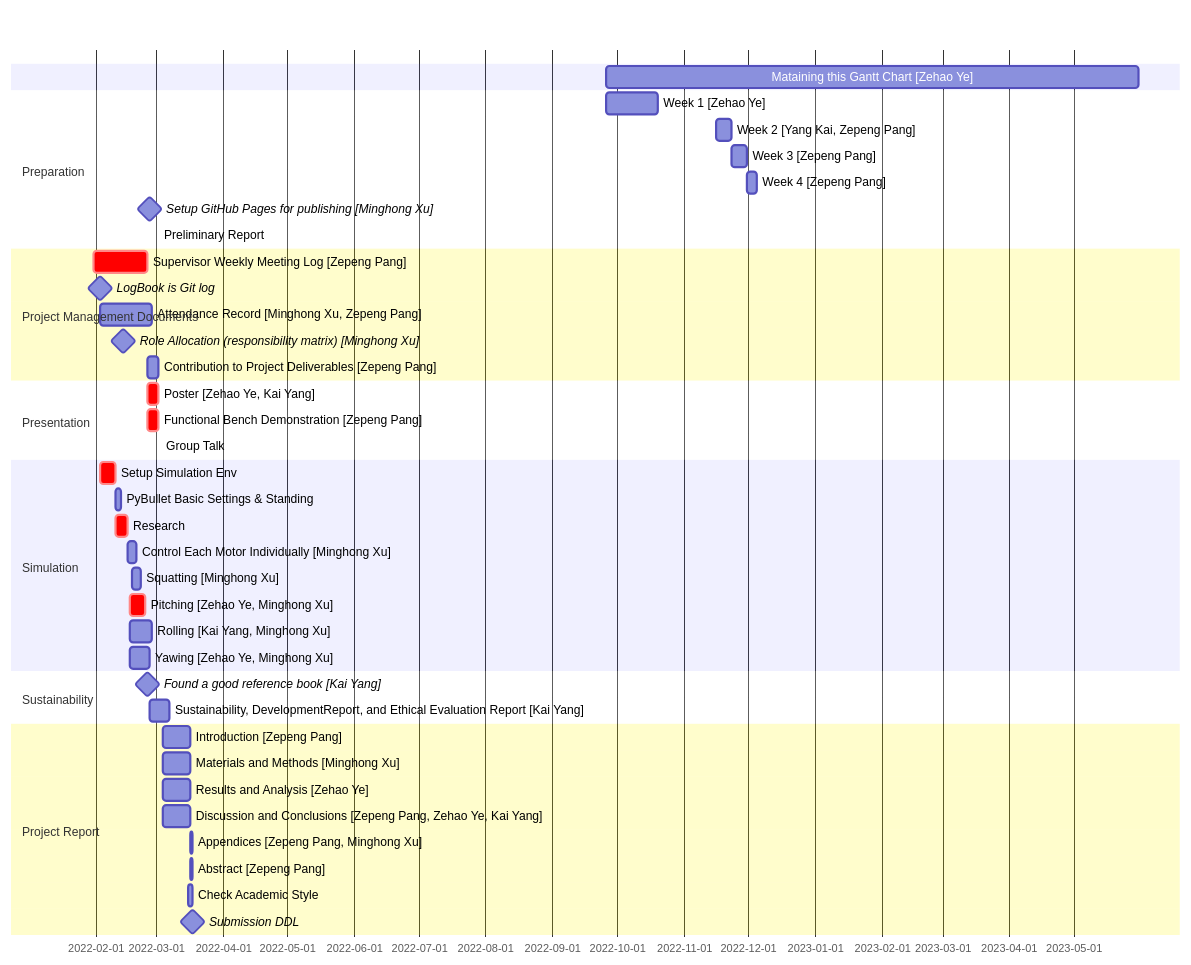
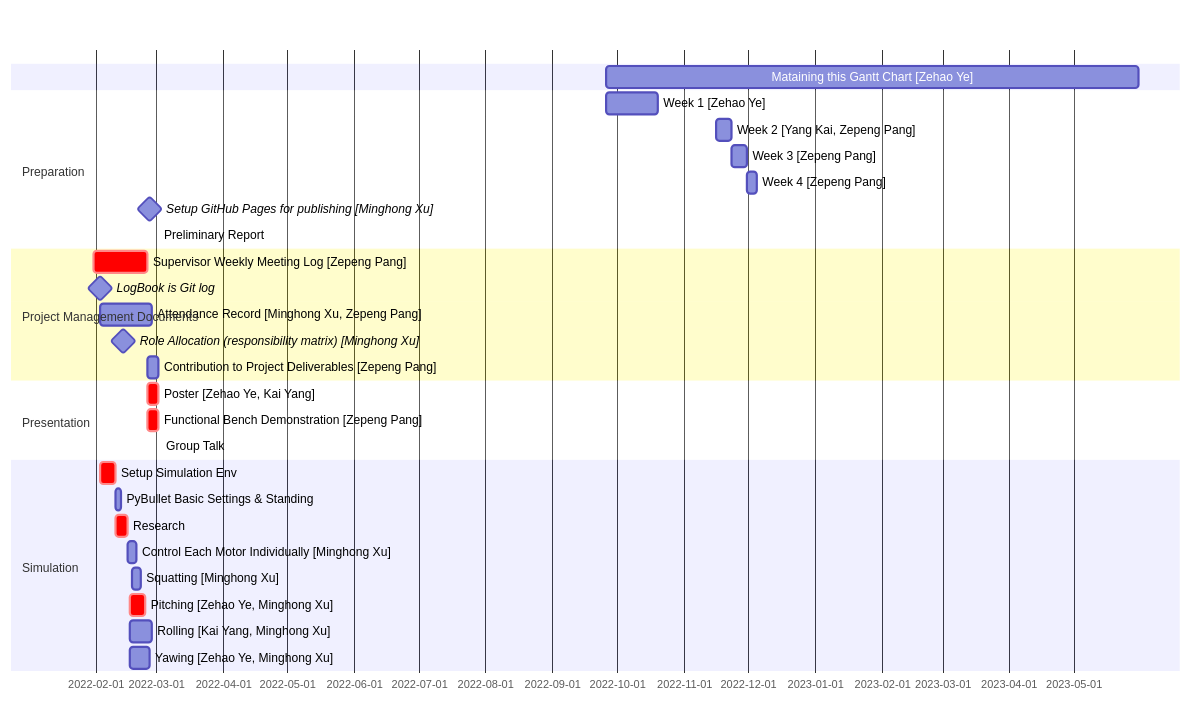
Before and after one commit to yezehao/final-year-project: the diagram in README.md, drawn with Mermaid.

Commit message:
modify the Gannt chart

````diff
--- a/README.md
+++ b/README.md
@@ -18,50 +18,37 @@
 ```mermaid
 gantt
     dateFormat  YYYY-MM-DD
 
     Mataining this Gantt Chart [Zehao Ye] : 2022-09-26, 2023-05-31
 
     section Preparation
     Week 1 [Zehao Ye] : Literature Review based on Kalman Filter, 2022-09-26, 24d
     Week 2 [Yang Kai, Zepeng Pang] : blog2, after blog1, 7d
     Week 3 [Zepeng Pang] : blog3, after blog2, 7d
     Week 4 [Zepeng Pang] : blog4, after blog3, 5d
     Setup GitHub Pages for publishing [Minghong Xu] : milestone, 2022-02-26, 0d
     Preliminary Report : crit, after blog4, 2022-03-02
 
     section Project Management Documents
     Supervisor Weekly Meeting Log [Zepeng Pang] : crit, 2022-01-31, 2022-02-25
     LogBook is Git log: milestone, 2022-02-03, 0d
     Attendance Record [Minghong Xu, Zepeng Pang] : 2022-02-03, 2022-02-27
     Role Allocation (responsibility matrix) [Minghong Xu] : milestone, 2022-02-14, 0d
     Contribution to Project Deliverables [Zepeng Pang] : 2022-02-25, 2022-03-02
 
     section Presentation
     Poster [Zehao Ye, Kai Yang] : crit, 2022-02-25, 2022-03-02
     Functional Bench Demonstration [Zepeng Pang] : crit, 2022-02-25, 2022-03-02
     Group Talk : 2022-03-03, 8h
 
     section Simulation
     Setup Simulation Env : crit, setup_sim_env, 2022-02-03, 7d
     PyBullet Basic Settings & Standing :after setup_sim_env, 3d
     Research : crit, research, after setup_sim_env, 6d
     Control Each Motor Individually [Minghong Xu] : after research, 2022-02-20
     Squatting [Minghong Xu] : 2022-02-18, 2022-02-22
     Pitching [Zehao Ye, Minghong Xu] : crit, 2022-02-17, 2022-02-24
     Rolling [Kai Yang, Minghong Xu] : 2022-02-17, 2022-02-27
     Yawing [Zehao Ye, Minghong Xu] : 2022-02-17, 2022-02-26
 
-    section Sustainability
-    Found a good reference book [Kai Yang] : milestone, 2022-02-25, 0d
-    Sustainability, DevelopmentReport, and Ethical Evaluation Report [Kai Yang] : 2022-02-26, 2022-03-07
-
-    section Project Report
-    Introduction [Zepeng Pang] : 2022-03-04, 2022-03-17
-    Materials and Methods [Minghong Xu] : 2022-03-04, 2022-03-17
-    Results and Analysis [Zehao Ye] : 2022-03-04, 2022-03-17
-    Discussion and Conclusions [Zepeng Pang, Zehao Ye, Kai Yang] : 2022-03-04, 2022-03-17
-    Appendices [Zepeng Pang, Minghong Xu]: 2022-03-17, 2022-03-18
-    Abstract [Zepeng Pang] : 2022-03-17, 2022-03-18
-    Check Academic Style : 2022-03-16, 2d
-    Submission DDL: milestone, 2022-03-18, 0d
 ```
````
